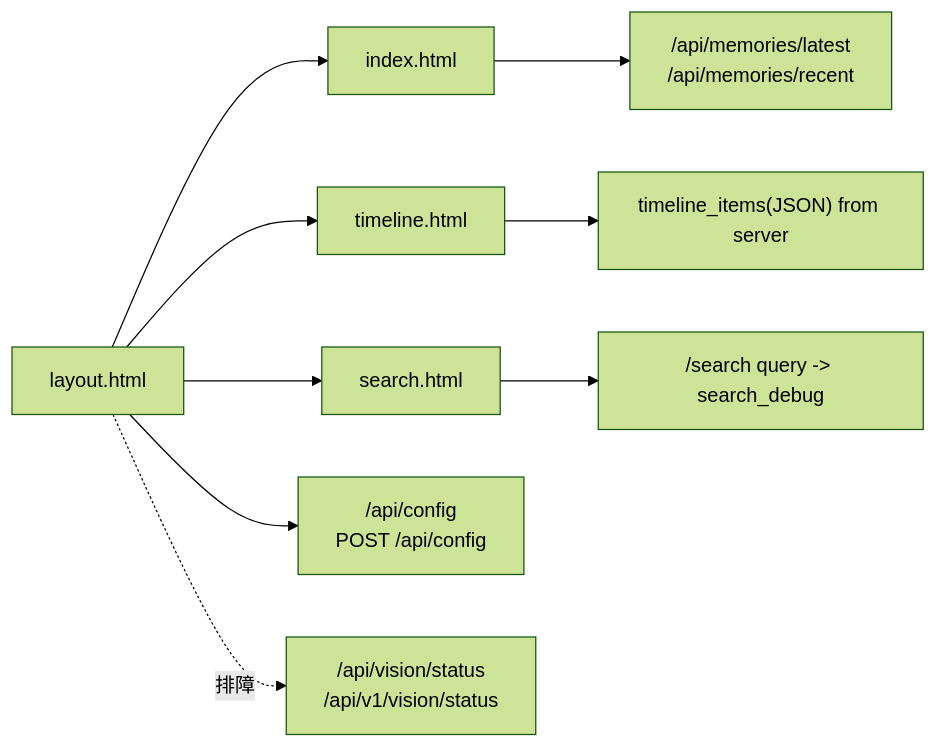
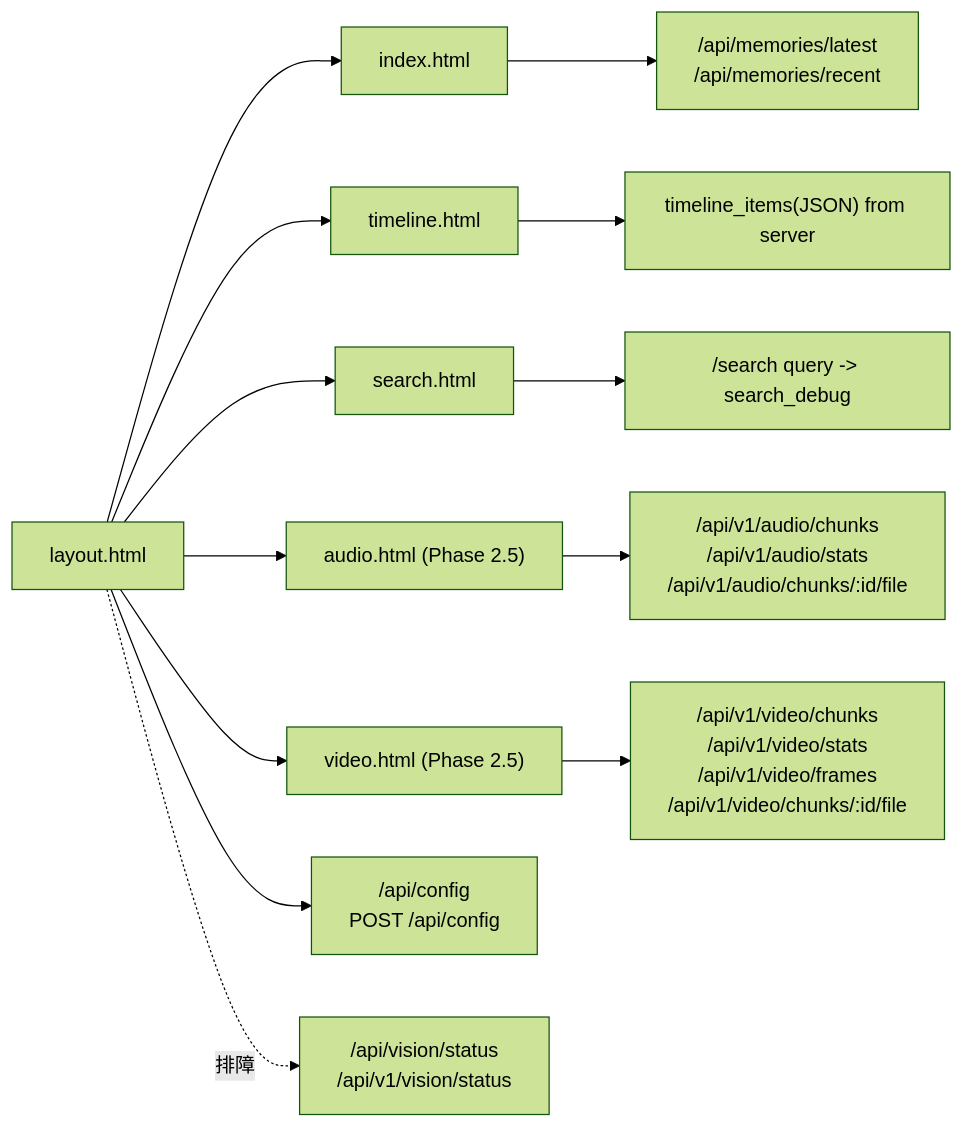
The first of 2 diagrams in v3/webui/ROUTE_MAP.md (Xinm123/MyRecall), drawn with Mermaid (forest theme) before and after one commit. The commit also changed other lines of this file and 33 other files, not shown here.

````diff
--- a/v3/webui/ROUTE_MAP.md
+++ b/v3/webui/ROUTE_MAP.md
@@ -14,11 +16,15 @@
 ```mermaid
 flowchart LR
   L["layout.html"] --> I["index.html"]
   L --> T["timeline.html"]
   L --> S["search.html"]
+  L --> AU["audio.html (Phase 2.5)"]
+  L --> VI["video.html (Phase 2.5)"]
   I --> API1["/api/memories/latest\n/api/memories/recent"]
   T --> APIT["timeline_items(JSON) from server"]
   S --> APIS["/search query -> search_debug"]
+  AU --> APIAU["/api/v1/audio/chunks\n/api/v1/audio/stats\n/api/v1/audio/chunks/:id/file"]
+  VI --> APIVI["/api/v1/video/chunks\n/api/v1/video/stats\n/api/v1/video/frames\n/api/v1/video/chunks/:id/file"]
   L --> APIC["/api/config\nPOST /api/config"]
   L -.排障.-> APIV["/api/vision/status\n/api/v1/vision/status"]
 ```
````
